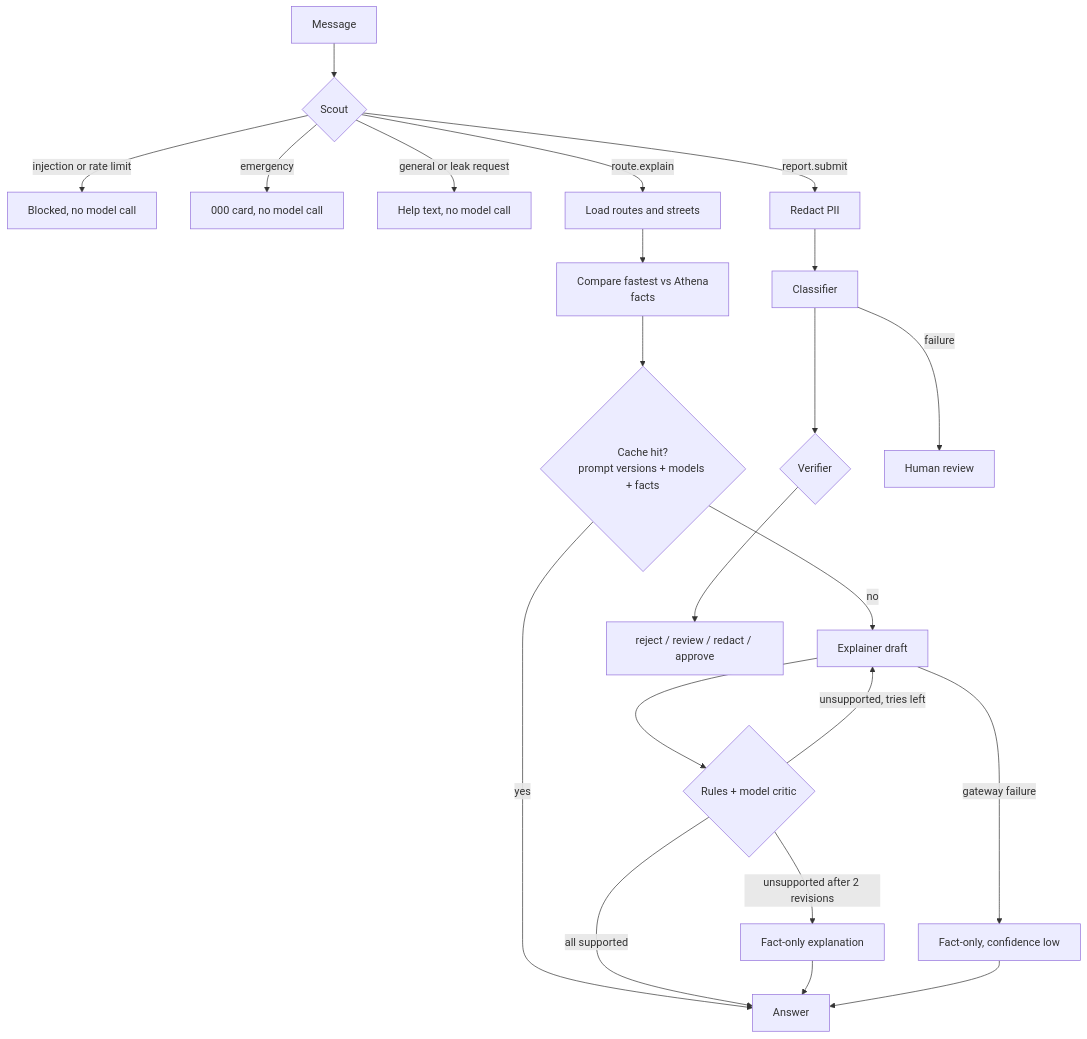
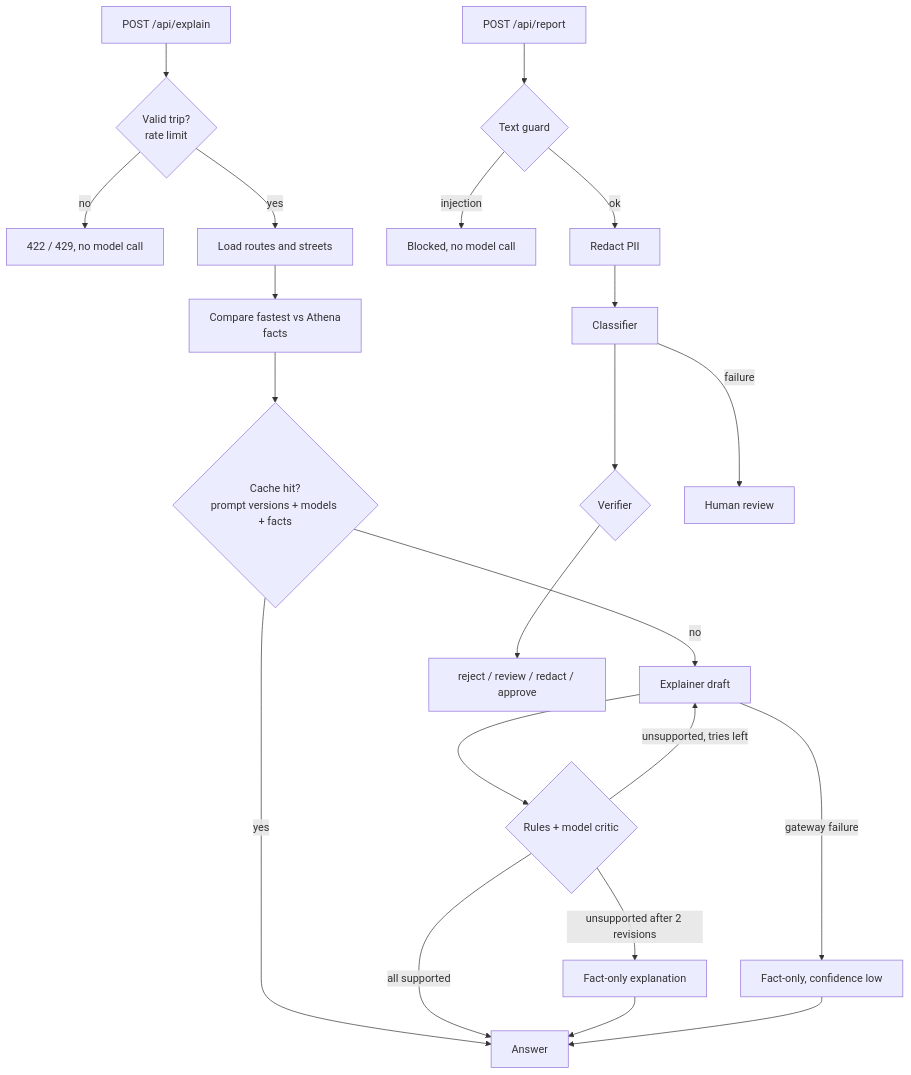
The second of 2 diagrams in docs/design.md (shuruthy24/Athena), drawn with Mermaid before and after one commit. The commit also changed other lines of this file and 9 other files, not shown here.

````diff
--- a/docs/design.md
+++ b/docs/design.md
@@ -47,20 +46,20 @@
 ```mermaid
 flowchart TD
-    A[Message] --> B{Scout}
-    B -- injection or rate limit --> X[Blocked, no model call]
-    B -- emergency --> E[000 card, no model call]
-    B -- general or leak request --> G[Help text, no model call]
-    B -- route.explain --> C[Load routes and streets]
+    A[POST /api/explain] --> B{Valid trip?<br/>rate limit}
+    B -- no --> X[422 / 429, no model call]
+    B -- yes --> C[Load routes and streets]
     C --> D[Compare fastest vs Athena<br/>facts]
     D --> H{Cache hit?<br/>prompt versions + models + facts}
     H -- yes --> O[Answer]
     H -- no --> F[Explainer draft]
     F --> R{Rules + model critic}
     R -- all supported --> O
     R -- unsupported, tries left --> F
     R -- unsupported after 2 revisions --> FO[Fact-only explanation] --> O
     F -- gateway failure --> FE[Fact-only, confidence low] --> O
-    B -- report.submit --> P[Redact PII] --> K[Classifier] --> V{Verifier}
+    A2[POST /api/report] --> G{Text guard}
+    G -- injection --> X2[Blocked, no model call]
+    G -- ok --> P[Redact PII] --> K[Classifier] --> V{Verifier}
     K -- failure --> RV[Human review]
     V --> Q[reject / review / redact / approve]
 ```
````
